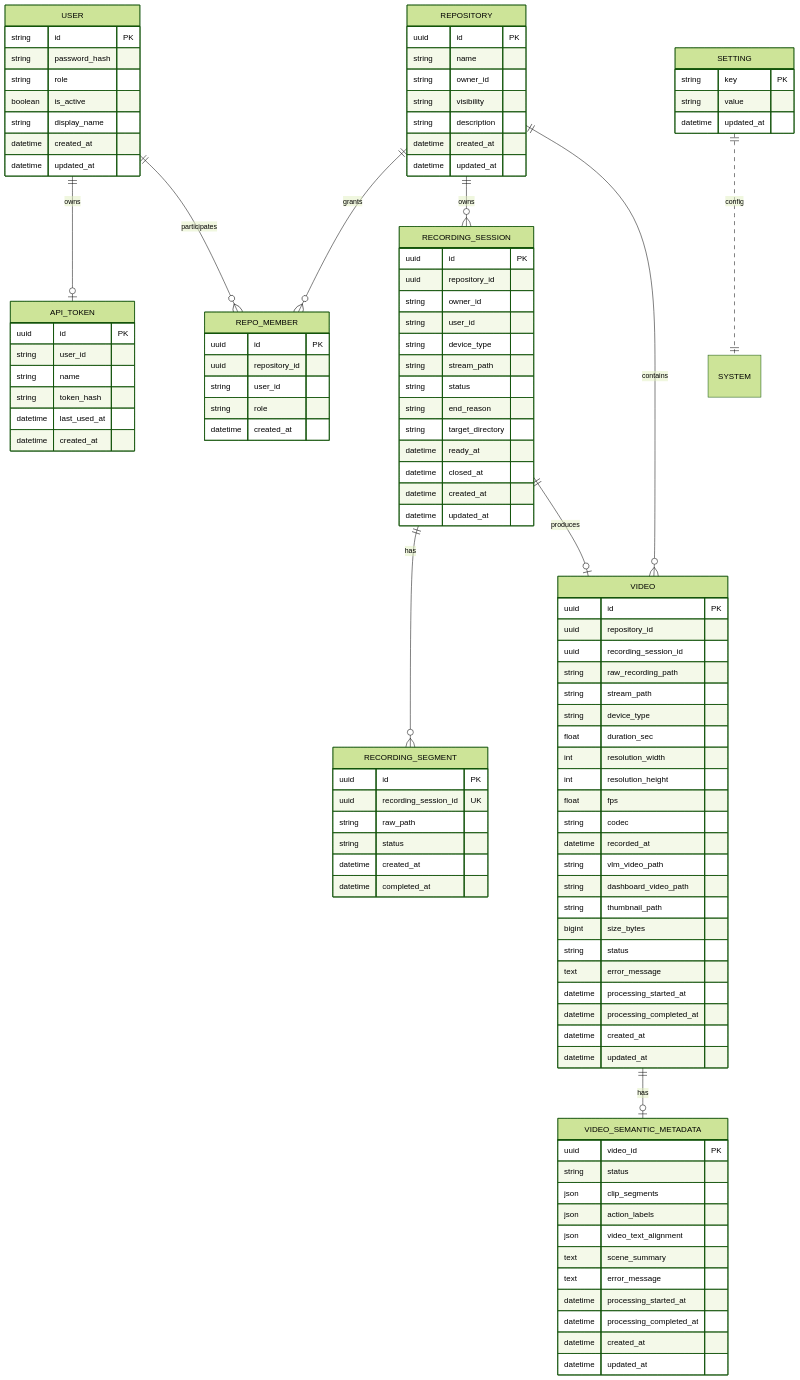
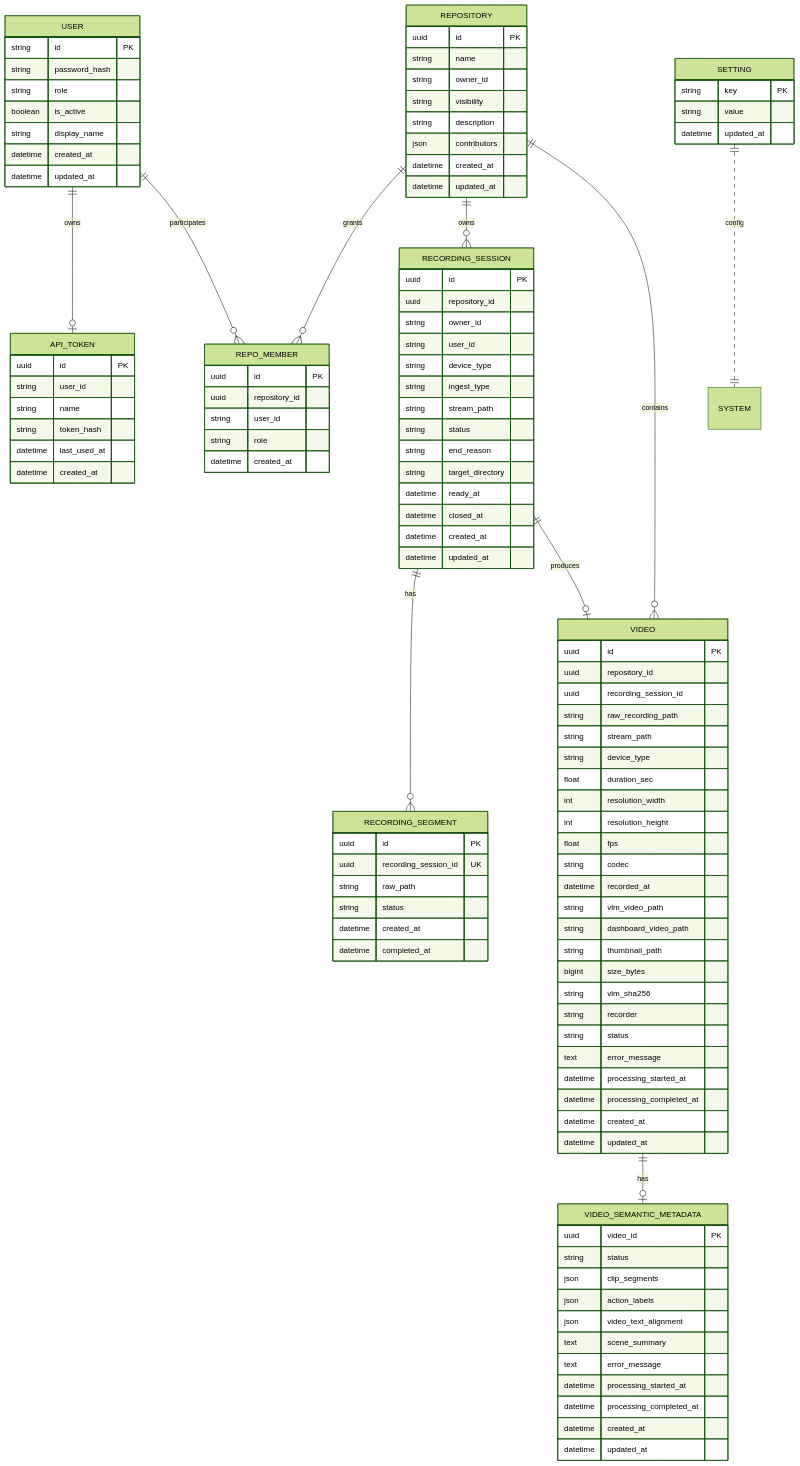
Before and after one commit to ego-flow/ego-flow-server: the diagram in docs/07. project_database.md, drawn with Mermaid (forest theme). The commit also changed other lines of this file and 14 other files, not shown here.

```diff
--- a/docs/07. project_database.md
+++ b/docs/07. project_database.md
@@ -121,6 +128,7 @@
         string owner_id
         string visibility
         string description
+        json contributors
         datetime created_at
         datetime updated_at
     }
@@ -139,6 +147,7 @@
         string owner_id
         string user_id
         string device_type
+        string ingest_type
         string stream_path
         string status
         string end_reason
@@ -175,6 +184,8 @@
         string dashboard_video_path
         string thumbnail_path
         bigint size_bytes
+        string vlm_sha256
+        string recorder
         string status
         text error_message
         datetime processing_started_at
```
